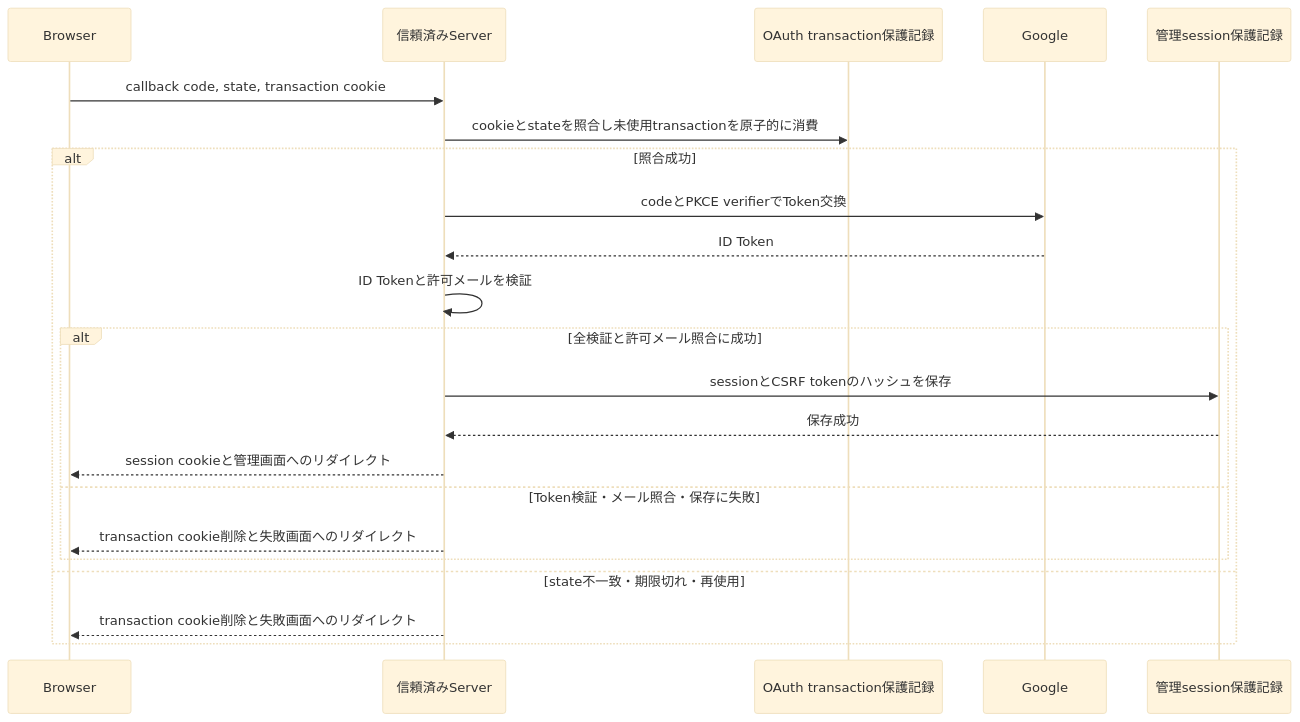
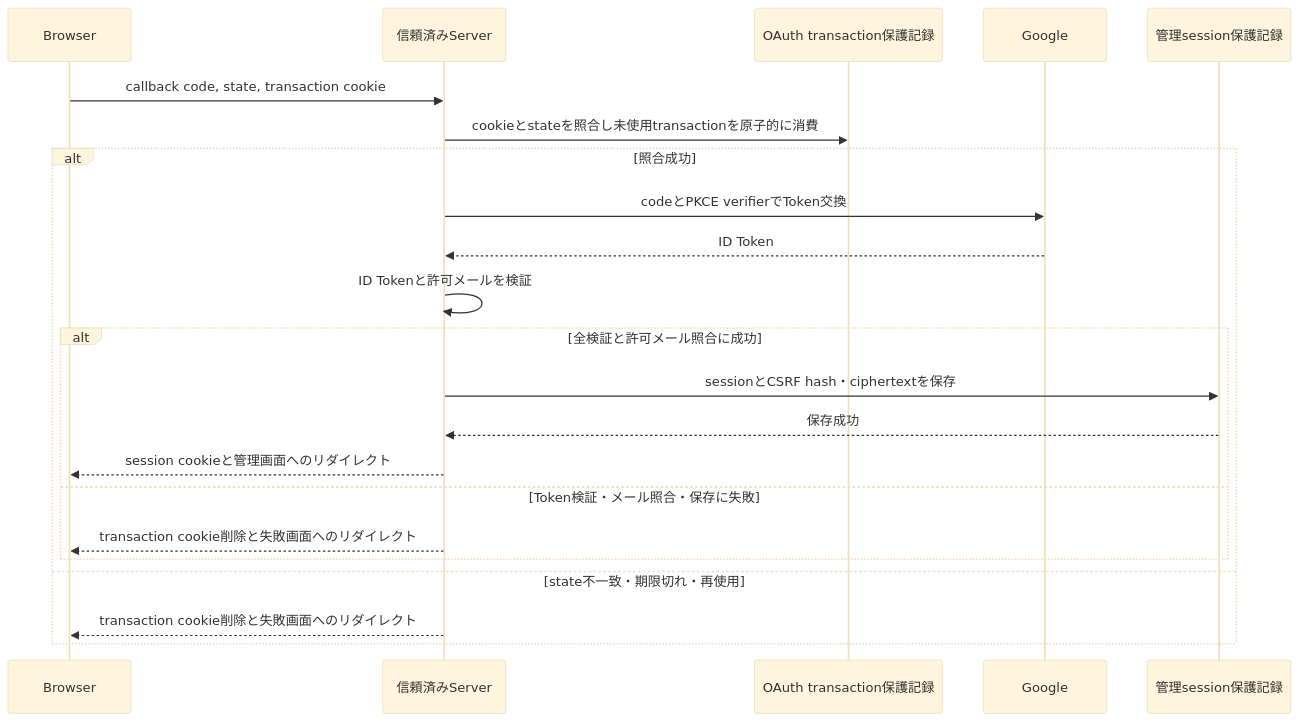
Before and after one commit to yukihito-jokyu/topic2html: the diagram in documents/features/FEAT-001/design/operations/oauth-callback.md, drawn with Mermaid (base theme). The commit also changed other lines of this file and 38 other files, not shown here.

````diff
--- a/documents/features/FEAT-001/design/operations/oauth-callback.md
+++ b/documents/features/FEAT-001/design/operations/oauth-callback.md
@@ -33,24 +33,24 @@
 ```mermaid
 sequenceDiagram
   participant B as Browser
   participant S as 信頼済みServer
   participant T as OAuth transaction保護記録
   participant G as Google
   participant M as 管理session保護記録
   B->>S: callback code, state, transaction cookie
   S->>T: cookieとstateを照合し未使用transactionを原子的に消費
   alt 照合成功
     S->>G: codeとPKCE verifierでToken交換
     G-->>S: ID Token
     S->>S: ID Tokenと許可メールを検証
     alt 全検証と許可メール照合に成功
-      S->>M: sessionとCSRF tokenのハッシュを保存
+      S->>M: sessionとCSRF hash・ciphertextを保存
       M-->>S: 保存成功
       S-->>B: session cookieと管理画面へのリダイレクト
     else Token検証・メール照合・保存に失敗
       S-->>B: transaction cookie削除と失敗画面へのリダイレクト
     end
   else state不一致・期限切れ・再使用
     S-->>B: transaction cookie削除と失敗画面へのリダイレクト
   end
 ```
````
